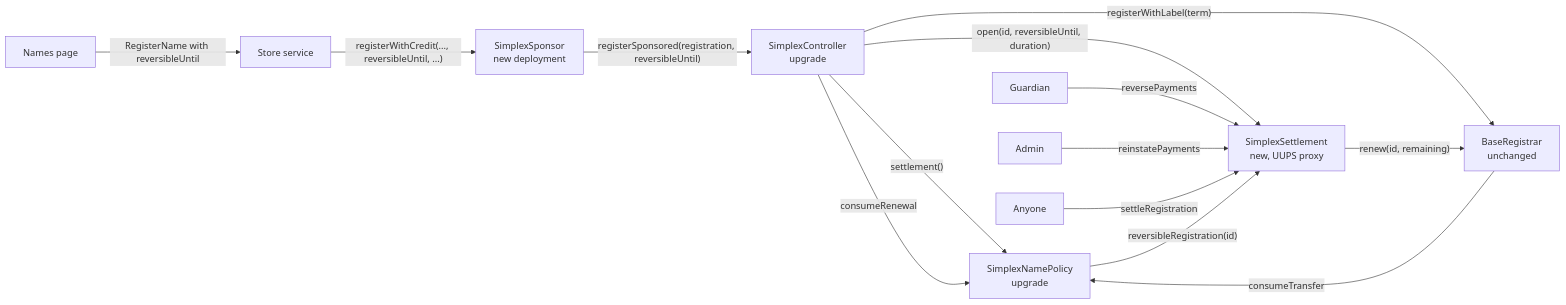
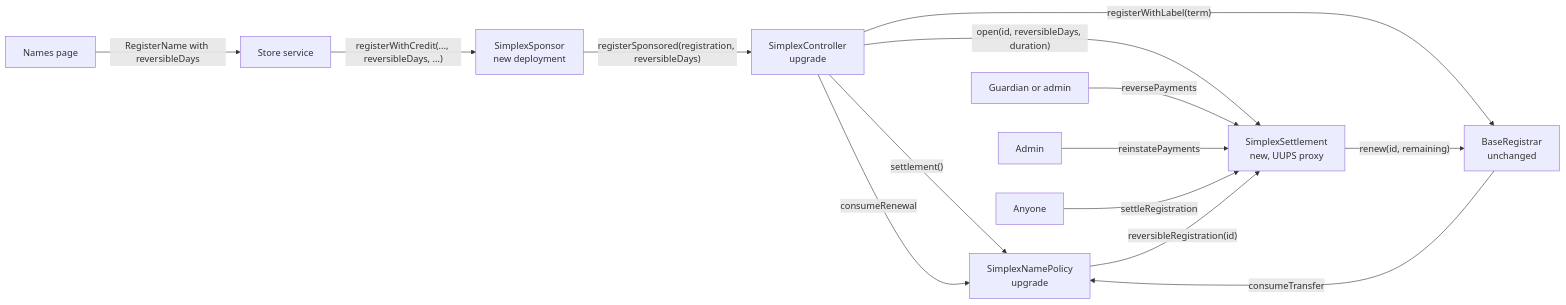
The fourth of 7 diagrams in docs/plans/payment-reversal.md (brenzi-agent/simplex-namespace-contract), drawn with Mermaid before and after one commit. The commit also changed other lines of this file, not shown here.

Commit message:
docs: reversible days, claim flow and sales gate in the plan

````diff
--- a/docs/plans/payment-reversal.md
+++ b/docs/plans/payment-reversal.md
@@ -202,16 +239,16 @@
 ```mermaid
 flowchart LR
-  page["Names page"] -->|"RegisterName with reversibleUntil"| service["Store service"]
-  service -->|"registerWithCredit(..., reversibleUntil, ...)"| sponsor["SimplexSponsor<br/>new deployment"]
-  sponsor -->|"registerSponsored(registration, reversibleUntil)"| controller["SimplexController<br/>upgrade"]
+  page["Names page"] -->|"RegisterName with reversibleDays"| service["Store service"]
+  service -->|"registerWithCredit(..., reversibleDays, ...)"| sponsor["SimplexSponsor<br/>new deployment"]
+  sponsor -->|"registerSponsored(registration, reversibleDays)"| controller["SimplexController<br/>upgrade"]
   controller -->|"settlement()"| policy["SimplexNamePolicy<br/>upgrade"]
-  controller -->|"open(id, reversibleUntil, duration)"| settlement["SimplexSettlement<br/>new, UUPS proxy"]
+  controller -->|"open(id, reversibleDays, duration)"| settlement["SimplexSettlement<br/>new, UUPS proxy"]
   controller -->|"registerWithLabel(term)"| registrar["BaseRegistrar<br/>unchanged"]
-  guardian["Guardian"] -->|"reversePayments"| settlement
+  guardian["Guardian or admin"] -->|"reversePayments"| settlement
   admin["Admin"] -->|"reinstatePayments"| settlement
   anyone["Anyone"] -->|"settleRegistration"| settlement
   settlement -->|"renew(id, remaining)"| registrar
   registrar -->|"consumeTransfer"| policy
   controller -->|"consumeRenewal"| policy
   policy -->|"reversibleRegistration(id)"| settlement
 ```
````
